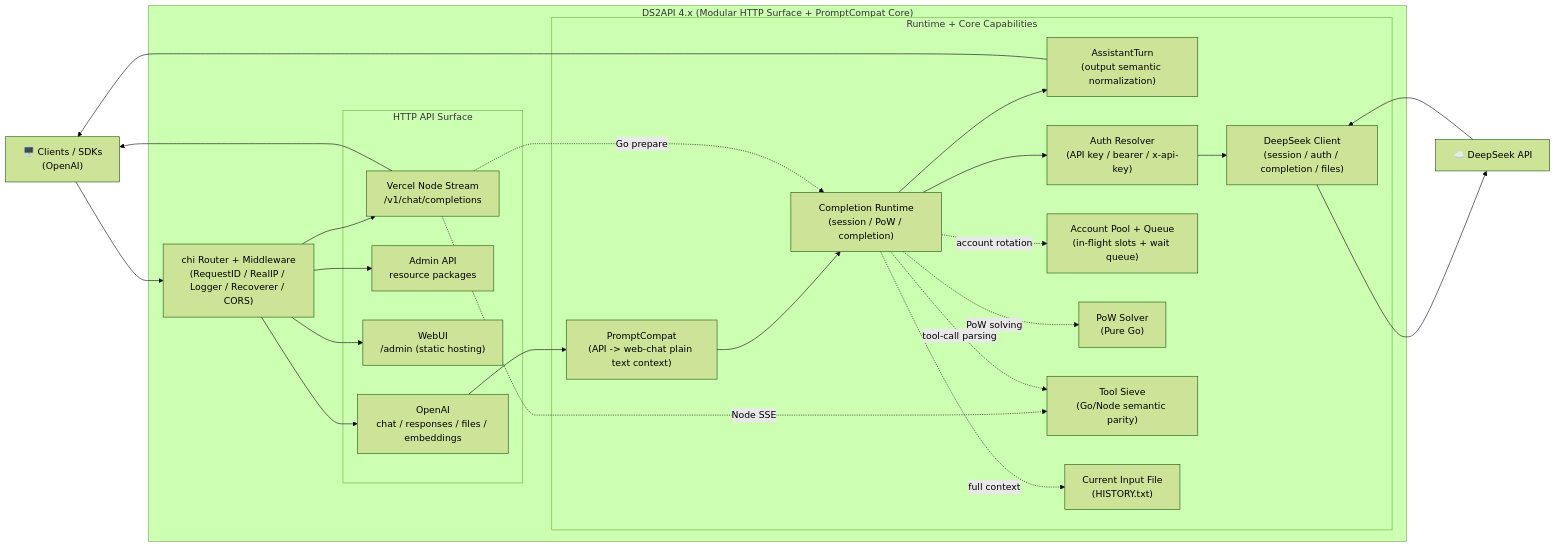
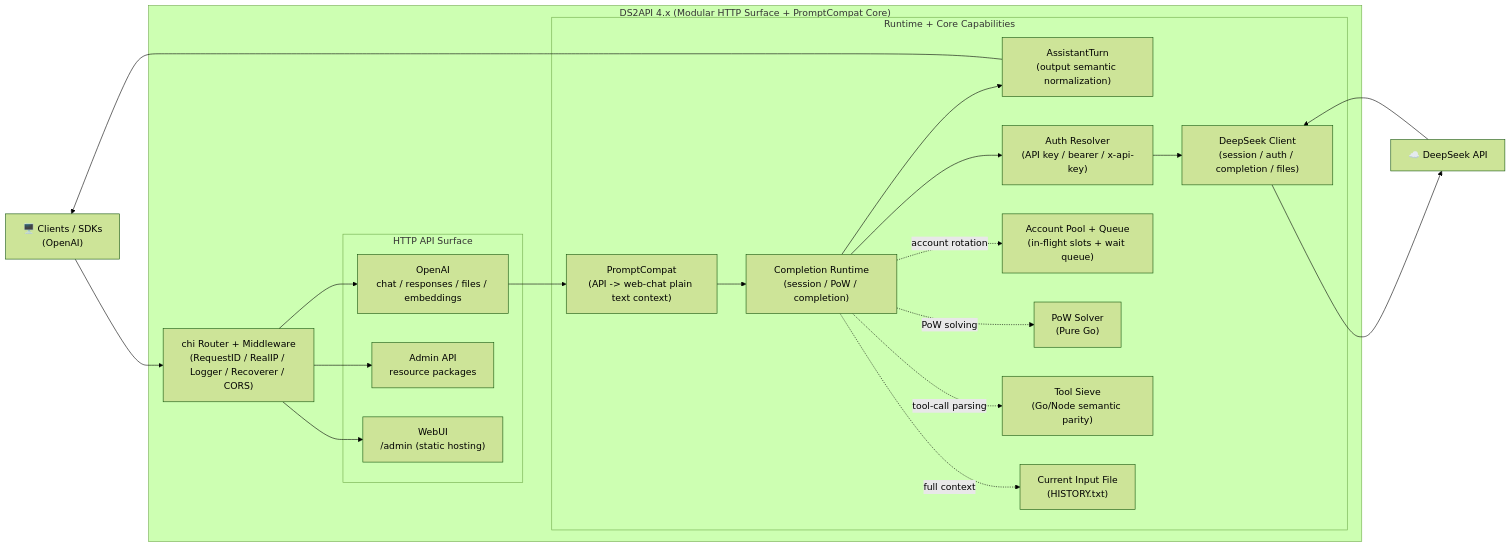
One commit to ikun5200/ds2api changed the diagram in README.en.md. Above: the diagram before and after it, drawn with Mermaid (forest theme). The commit also changed other lines of this file and 107 other files, not shown here.

````diff
--- a/README.en.md
+++ b/README.en.md
@@ -63,50 +61,45 @@
 ```mermaid
 flowchart LR
     Client["🖥️ Clients / SDKs\n(OpenAI)"]
     Upstream["☁️ DeepSeek API"]
 
     subgraph DS2API["DS2API 4.x (Modular HTTP Surface + PromptCompat Core)"]
         Router["chi Router + Middleware\n(RequestID / RealIP / Logger / Recoverer / CORS)"]
 
         subgraph HTTP["HTTP API Surface"]
             OA["OpenAI\nchat / responses / files / embeddings"]
             Admin["Admin API\nresource packages"]
             WebUI["WebUI\n/admin (static hosting)"]
-            Vercel["Vercel Node Stream\n/v1/chat/completions"]
         end
 
         subgraph Runtime["Runtime + Core Capabilities"]
             Compat["PromptCompat\n(API -> web-chat plain text context)"]
             Completion["Completion Runtime\n(session / PoW / completion)"]
             Turn["AssistantTurn\n(output semantic normalization)"]
             Auth["Auth Resolver\n(API key / bearer / x-api-key)"]
             Pool["Account Pool + Queue\n(in-flight slots + wait queue)"]
             DSClient["DeepSeek Client\n(session / auth / completion / files)"]
             Pow["PoW Solver\n(Pure Go)"]
             Tool["Tool Sieve\n(Go/Node semantic parity)"]
             History["Current Input File\n(HISTORY.txt)"]
         end
     end
 
     Client --> Router
     Router --> OA
     Router --> Admin
     Router --> WebUI
-    Router --> Vercel
 
     OA --> Compat
     Compat --> Completion
     Completion -.full context.-> History
     Completion --> Turn
-    Vercel -.Go prepare.-> Completion
-    Vercel -.Node SSE.-> Tool
     Completion --> Auth
     Completion -.account rotation.-> Pool
     Completion -.tool-call parsing.-> Tool
     Completion -.PoW solving.-> Pow
     Auth --> DSClient
     DSClient --> Upstream
     Upstream --> DSClient
     Turn --> Client
-    Vercel --> Client
 ```
````
